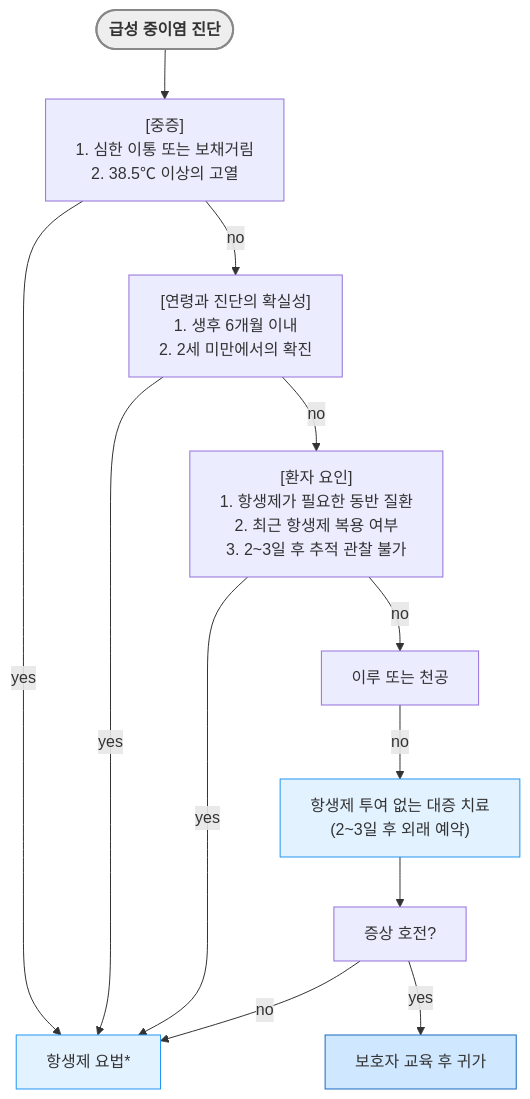
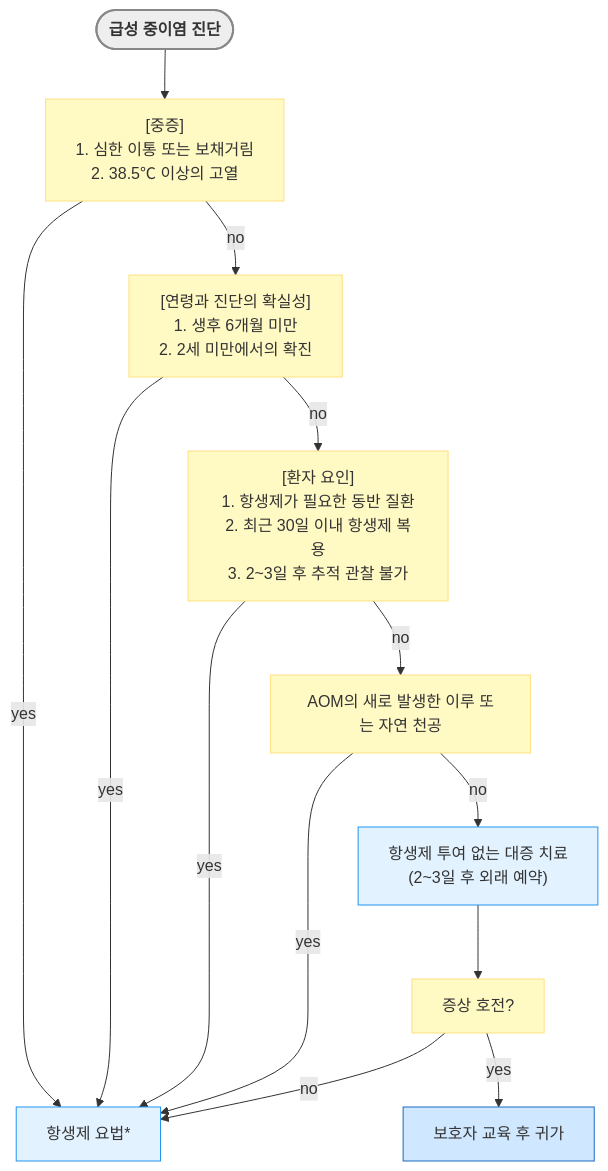
The second of 4 diagrams in 222_/048_-otitis-media.md (familyoh77/familyoh77), drawn with Mermaid before and after one commit. The commit also changed other lines of this file, not shown here.

````diff
--- a/222_/048_-otitis-media.md
+++ b/222_/048_-otitis-media.md
@@ -341,23 +331,26 @@
 ```mermaid
 graph TD
     Start(["<b>급성 중이염 진단</b>"])
     Severity["[중증]<br/>1. 심한 이통 또는 보채거림<br/>2. 38.5℃ 이상의 고열"]   
     Start --> Severity
     Severity -- "yes" --> Antibiotics["항생제 요법*"]
-    Severity -- "no" --> Certainty["[연령과 진단의 확실성]<br/>1. 생후 6개월 이내<br/>2. 2세 미만에서의 확진"]
+    Severity -- "no" --> Certainty["[연령과 진단의 확실성]<br/>1. 생후 6개월 미만<br/>2. 2세 미만에서의 확진"]
     Certainty -- "yes" --> Antibiotics
-    Certainty -- "no" --> PatientFactor["[환자 요인]<br/>1. 항생제가 필요한 동반 질환<br/>2. 최근 항생제 복용 여부<br/>3. 2~3일 후 추적 관찰 불가"]
+    Certainty -- "no" --> PatientFactor["[환자 요인]<br/>1. 항생제가 필요한 동반 질환<br/>2. 최근 30일 이내 항생제 복용<br/>3. 2~3일 후 추적 관찰 불가"]
     PatientFactor -- "yes" --> Antibiotics
-    PatientFactor -- "no" --> Otorrhea["이루 또는 천공"]
+    PatientFactor -- "no" --> Otorrhea["AOM의 새로 발생한 이루 또는 자연 천공"]
+    Otorrhea -- "yes" --> Antibiotics
     Otorrhea -- "no" --> Supportive["항생제 투여 없는 대증 치료<br/>(2~3일 후 외래 예약)"]
     Supportive --> Improvement["증상 호전?"]
     Improvement -- "no" --> Antibiotics
     Improvement -- "yes" --> Home["보호자 교육 후 귀가"]
 
     style Start fill:#eeeeee,stroke:#888888,stroke-width:2px
     style Home fill:#d0e8ff,stroke:#1a6abf
     classDef sky fill:#e3f2ff,stroke:#2196f3
     class Antibiotics,Supportive sky
+    classDef q fill:#fff9c4,stroke:#ffe082
+    class Severity,Certainty,PatientFactor,Otorrhea,Improvement q
 
     
 ```
````
